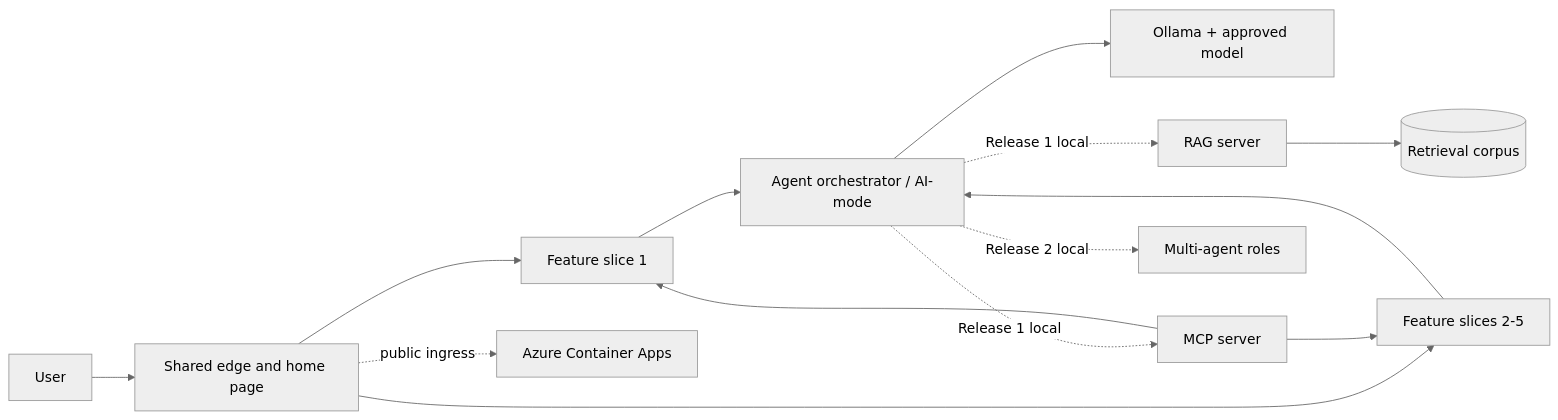
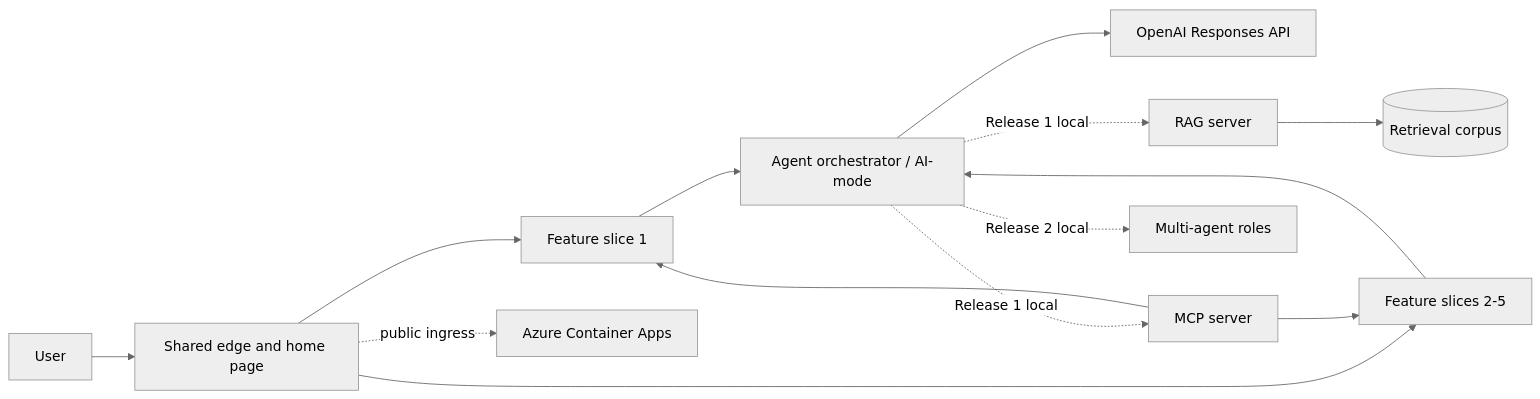
One commit to MattShelton04/41026ASDProject changed the first of 3 diagrams in docs/architecture/shared-platform-design.md. Above: the diagram before and after it, drawn with Mermaid (neutral theme). The commit also changed other lines of this file and 44 other files, not shown here.

````diff
--- a/docs/architecture/shared-platform-design.md
+++ b/docs/architecture/shared-platform-design.md
@@ -227,16 +228,16 @@
 ```mermaid
 flowchart LR
     U[User] --> E[Shared edge and home page]
     E --> F1[Feature slice 1]
     E --> FN[Feature slices 2-5]
     F1 --> O[Agent orchestrator / AI-mode]
     FN --> O
-    O --> L[Ollama + approved model]
+    O --> L[OpenAI Responses API]
     O -. Release 1 local .-> M[MCP server]
     O -. Release 1 local .-> R[RAG server]
     O -. Release 2 local .-> A[Multi-agent roles]
     M --> F1
     M --> FN
     R --> C[(Retrieval corpus)]
     E -. public ingress .-> AZ[Azure Container Apps]
 ```
````
